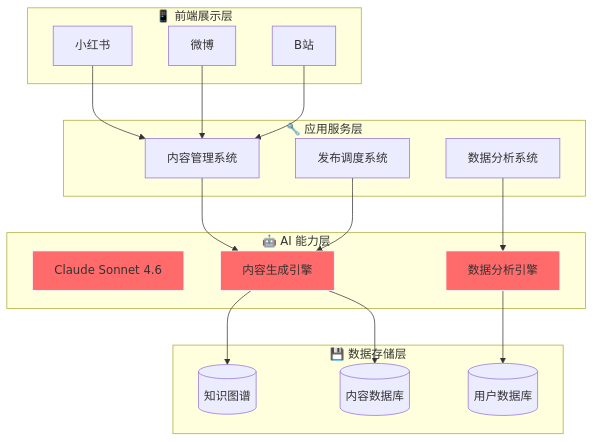
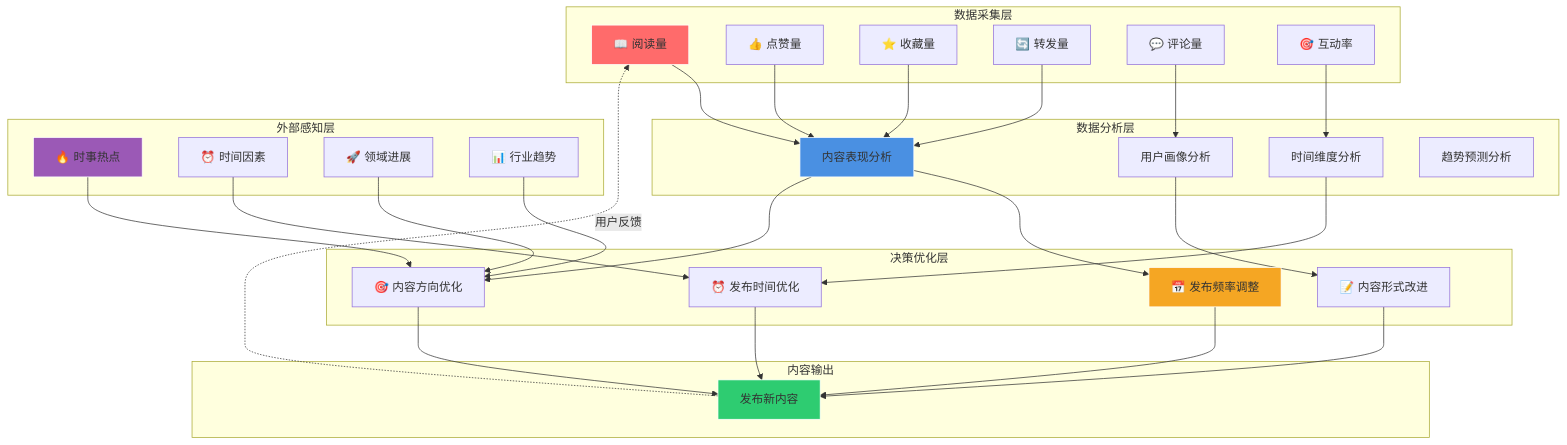
Before and after one commit to lobster-journey/lobster-journey: the seventh of 10 diagrams in README.md, drawn with Mermaid. The commit also changed other lines of this file, not shown here.

````diff
--- a/README.md
+++ b/README.md
@@ -379,36 +750,66 @@
 ```mermaid
 graph TB
-    subgraph "📱 前端展示层"
-        A1[小红书]
-        A2[微博]
-        A3[B站]
+    subgraph "数据采集层"
+        A1[📖 阅读量]
+        A2[👍 点赞量]
+        A3[⭐ 收藏量]
+        A4[🔄 转发量]
+        A5[💬 评论量]
+        A6[🎯 互动率]
     end
-    
-    subgraph "🔧 应用服务层"
-        B1[内容管理系统]
-        B2[发布调度系统]
-        B3[数据分析系统]
+
+    subgraph "数据分析层"
+        B1[内容表现分析]
+        B2[用户画像分析]
+        B3[时间维度分析]
+        B4[趋势预测分析]
     end
-    
-    subgraph "🤖 AI 能力层"
-        C1[Claude Sonnet 4.6]
-        C2[内容生成引擎]
-        C3[数据分析引擎]
+
+    subgraph "决策优化层"
+        C1[📅 发布频率调整]
+        C2[🎯 内容方向优化]
+        C3[📝 内容形式改进]
+        C4[⏰ 发布时间优化]
     end
-    
-    subgraph "💾 数据存储层"
-        D1[(知识图谱)]
-        D2[(内容数据库)]
-        D3[(用户数据库)]
+
+    subgraph "外部感知层"
+        D1[🔥 时事热点]
+        D2[⏰ 时间因素]
+        D3[🚀 领域进展]
+        D4[📊 行业趋势]
     end
-    
-    A1 & A2 & A3 --> B1
-    B1 & B2 --> C2
-    B3 --> C3
-    C2 --> D1 & D2
-    C3 --> D3
-    
-    style C1 fill:#FF6B6B,stroke:#fff
-    style C2 fill:#FF6B6B,stroke:#fff
-    style C3 fill:#FF6B6B,stroke:#fff
+
+    subgraph "内容输出"
+        E1[发布新内容]
+    end
+
+    A1 --> B1
+    A2 --> B1
+    A3 --> B1
+    A4 --> B1
+    A5 --> B2
+    A6 --> B3
+
+    B1 --> C1
+    B1 --> C2
+    B2 --> C3
+    B3 --> C4
+
+    D1 --> C2
+    D2 --> C4
+    D3 --> C2
+    D4 --> C2
+
+    C1 --> E1
+    C2 --> E1
+    C3 --> E1
+    C4 --> E1
+
+    E1 -.用户反馈.-> A1
+
+    style A1 fill:#FF6B6B,stroke:#fff
+    style B1 fill:#4A90E2,stroke:#fff
+    style C1 fill:#F5A623,stroke:#fff
+    style D1 fill:#9B59B6,stroke:#fff
+    style E1 fill:#2ECC71,stroke:#fff
 ```
````
